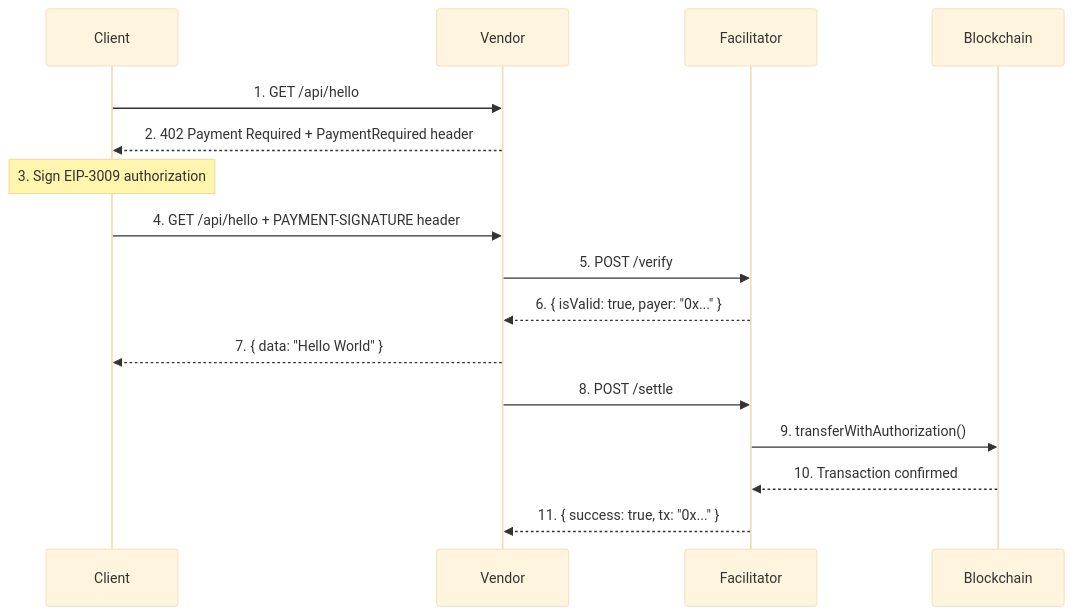
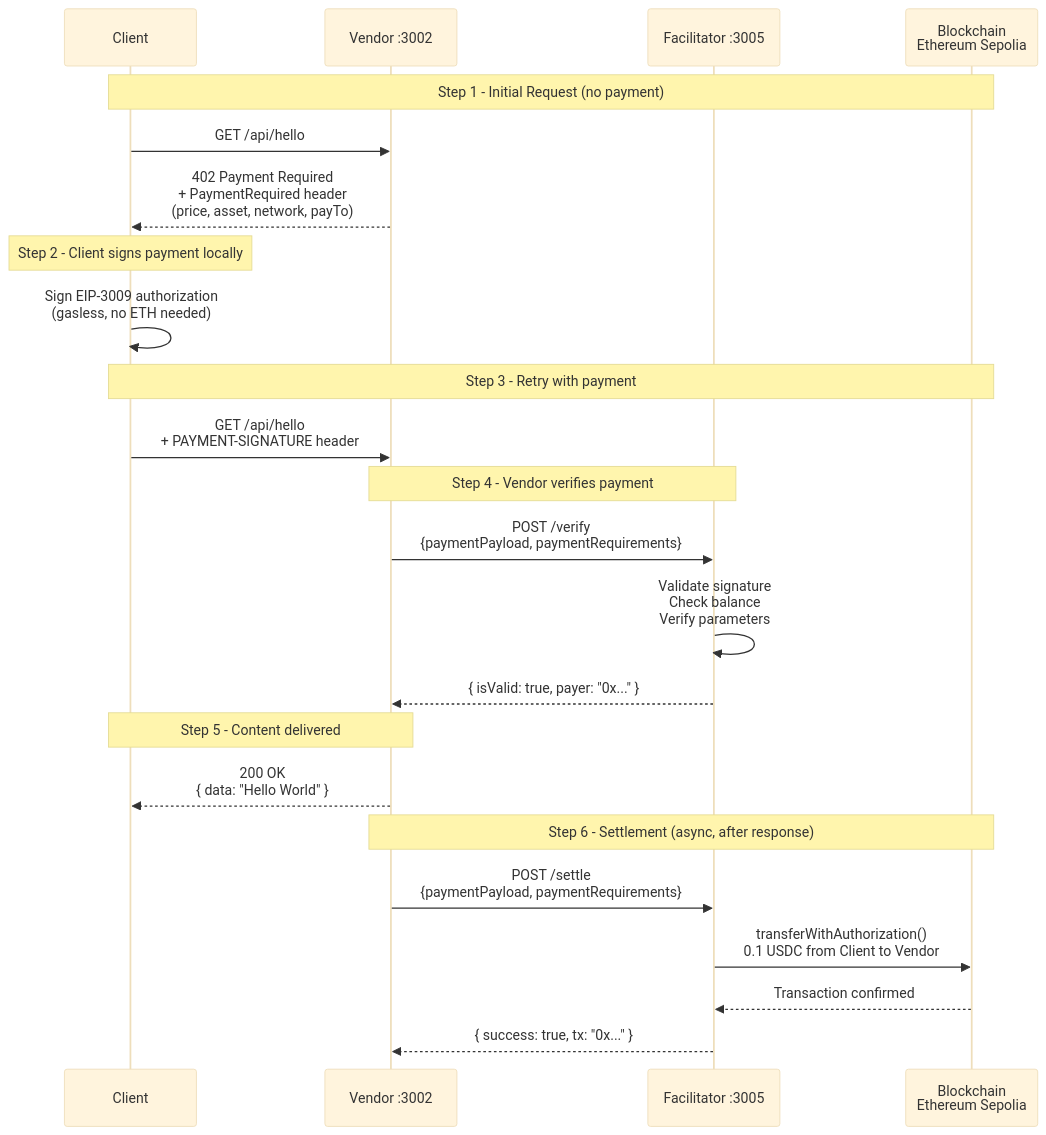
One commit to PerkOS-xyz/x402-demo changed the second of 6 diagrams in README.md. Above: the diagram before and after it, drawn with Mermaid (base theme). The commit also changed other lines of this file, not shown here.

````diff
--- a/README.md
+++ b/README.md
@@ -7,22 +42,31 @@
 ```mermaid
 sequenceDiagram
-    participant Client
-    participant Vendor
-    participant Facilitator
-    participant Blockchain
+    participant C as Client
+    participant V as Vendor :3002
+    participant F as Facilitator :3005
+    participant BC as Blockchain<br/>Ethereum Sepolia
 
-    Client->>Vendor: 1. GET /api/hello
-    Vendor-->>Client: 2. 402 Payment Required + PaymentRequired header
-    
-    Note over Client: 3. Sign EIP-3009 authorization
-    
-    Client->>Vendor: 4. GET /api/hello + PAYMENT-SIGNATURE header
-    Vendor->>Facilitator: 5. POST /verify
-    Facilitator-->>Vendor: 6. { isValid: true, payer: "0x..." }
-    Vendor-->>Client: 7. { data: "Hello World" }
-    
-    Vendor->>Facilitator: 8. POST /settle
-    Facilitator->>Blockchain: 9. transferWithAuthorization()
-    Blockchain-->>Facilitator: 10. Transaction confirmed
-    Facilitator-->>Vendor: 11. { success: true, tx: "0x..." }
+    Note over C,BC: Step 1 - Initial Request (no payment)
+    C->>V: GET /api/hello
+    V-->>C: 402 Payment Required<br/>+ PaymentRequired header<br/>(price, asset, network, payTo)
+
+    Note over C: Step 2 - Client signs payment locally
+    C->>C: Sign EIP-3009 authorization<br/>(gasless, no ETH needed)
+
+    Note over C,BC: Step 3 - Retry with payment
+    C->>V: GET /api/hello<br/>+ PAYMENT-SIGNATURE header
+
+    Note over V,F: Step 4 - Vendor verifies payment
+    V->>F: POST /verify<br/>{paymentPayload, paymentRequirements}
+    F->>F: Validate signature<br/>Check balance<br/>Verify parameters
+    F-->>V: { isValid: true, payer: "0x..." }
+
+    Note over C,V: Step 5 - Content delivered
+    V-->>C: 200 OK<br/>{ data: "Hello World" }
+
+    Note over V,BC: Step 6 - Settlement (async, after response)
+    V->>F: POST /settle<br/>{paymentPayload, paymentRequirements}
+    F->>BC: transferWithAuthorization()<br/>0.1 USDC from Client to Vendor
+    BC-->>F: Transaction confirmed
+    F-->>V: { success: true, tx: "0x..." }
 ```
````
